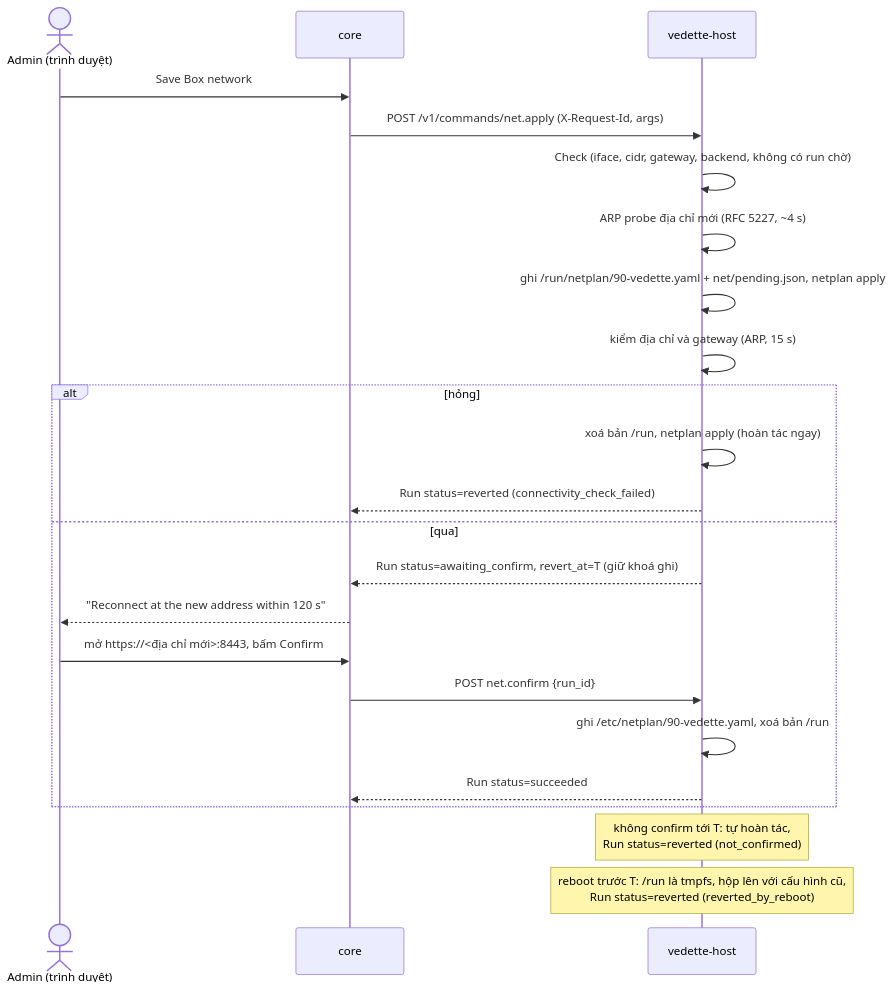
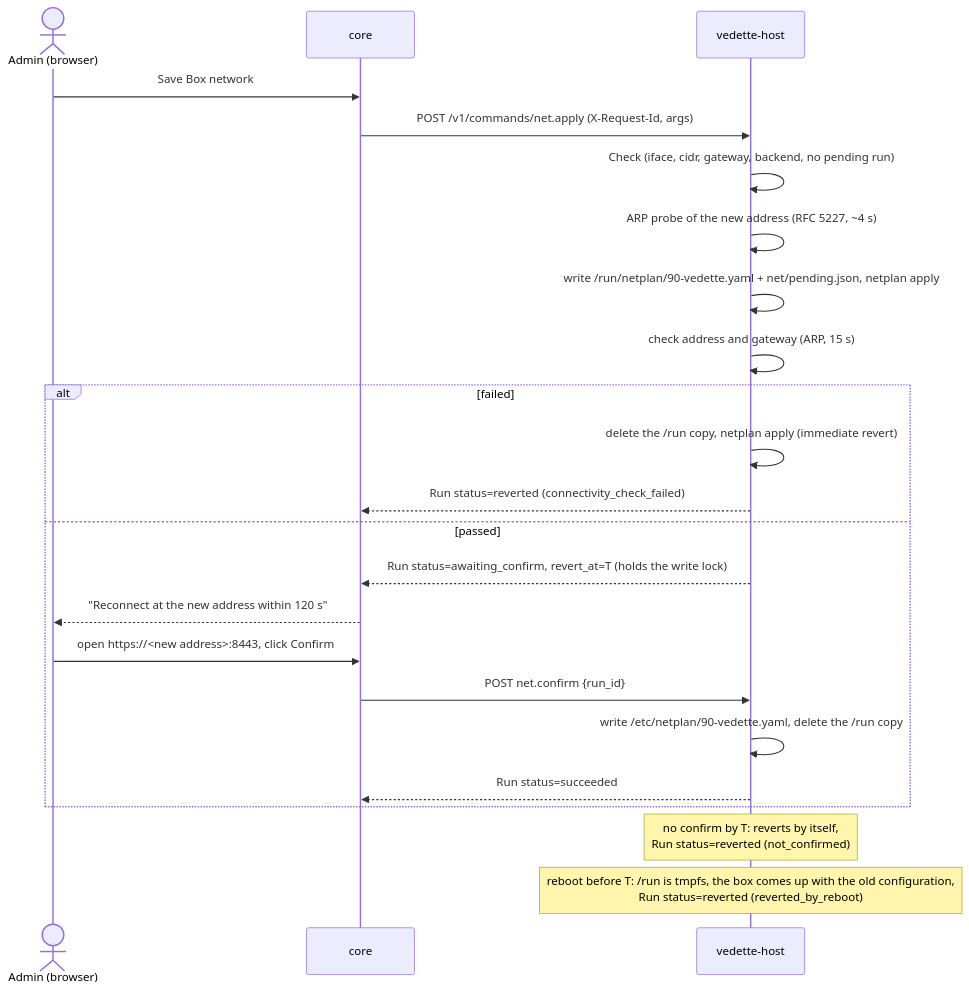
The diagram in docs/specs/host-api.md (KNT048/vedette), drawn with Mermaid before and after one commit. The commit also changed other lines of this file, not shown here.

````diff
--- a/docs/specs/host-api.md
+++ b/docs/specs/host-api.md
@@ -472,25 +472,25 @@
 ```mermaid
 sequenceDiagram
-    actor A as Admin (trình duyệt)
+    actor A as Admin (browser)
     participant C as core
     participant H as vedette-host
     A->>C: Save Box network
     C->>H: POST /v1/commands/net.apply (X-Request-Id, args)
-    H->>H: Check (iface, cidr, gateway, backend, không có run chờ)
-    H->>H: ARP probe địa chỉ mới (RFC 5227, ~4 s)
-    H->>H: ghi /run/netplan/90-vedette.yaml + net/pending.json, netplan apply
-    H->>H: kiểm địa chỉ và gateway (ARP, 15 s)
-    alt hỏng
-        H->>H: xoá bản /run, netplan apply (hoàn tác ngay)
+    H->>H: Check (iface, cidr, gateway, backend, no pending run)
+    H->>H: ARP probe of the new address (RFC 5227, ~4 s)
+    H->>H: write /run/netplan/90-vedette.yaml + net/pending.json, netplan apply
+    H->>H: check address and gateway (ARP, 15 s)
+    alt failed
+        H->>H: delete the /run copy, netplan apply (immediate revert)
         H-->>C: Run status=reverted (connectivity_check_failed)
-    else qua
-        H-->>C: Run status=awaiting_confirm, revert_at=T (giữ khoá ghi)
+    else passed
+        H-->>C: Run status=awaiting_confirm, revert_at=T (holds the write lock)
         C-->>A: "Reconnect at the new address within 120 s"
-        A->>C: mở https://<địa chỉ mới>:8443, bấm Confirm
+        A->>C: open https://<new address>:8443, click Confirm
         C->>H: POST net.confirm {run_id}
-        H->>H: ghi /etc/netplan/90-vedette.yaml, xoá bản /run
+        H->>H: write /etc/netplan/90-vedette.yaml, delete the /run copy
         H-->>C: Run status=succeeded
     end
-    Note over H: không confirm tới T: tự hoàn tác,<br/>Run status=reverted (not_confirmed)
-    Note over H: reboot trước T: /run là tmpfs, hộp lên với cấu hình cũ,<br/>Run status=reverted (reverted_by_reboot)
+    Note over H: no confirm by T: reverts by itself,<br/>Run status=reverted (not_confirmed)
+    Note over H: reboot before T: /run is tmpfs, the box comes up with the old configuration,<br/>Run status=reverted (reverted_by_reboot)
 ```
````
